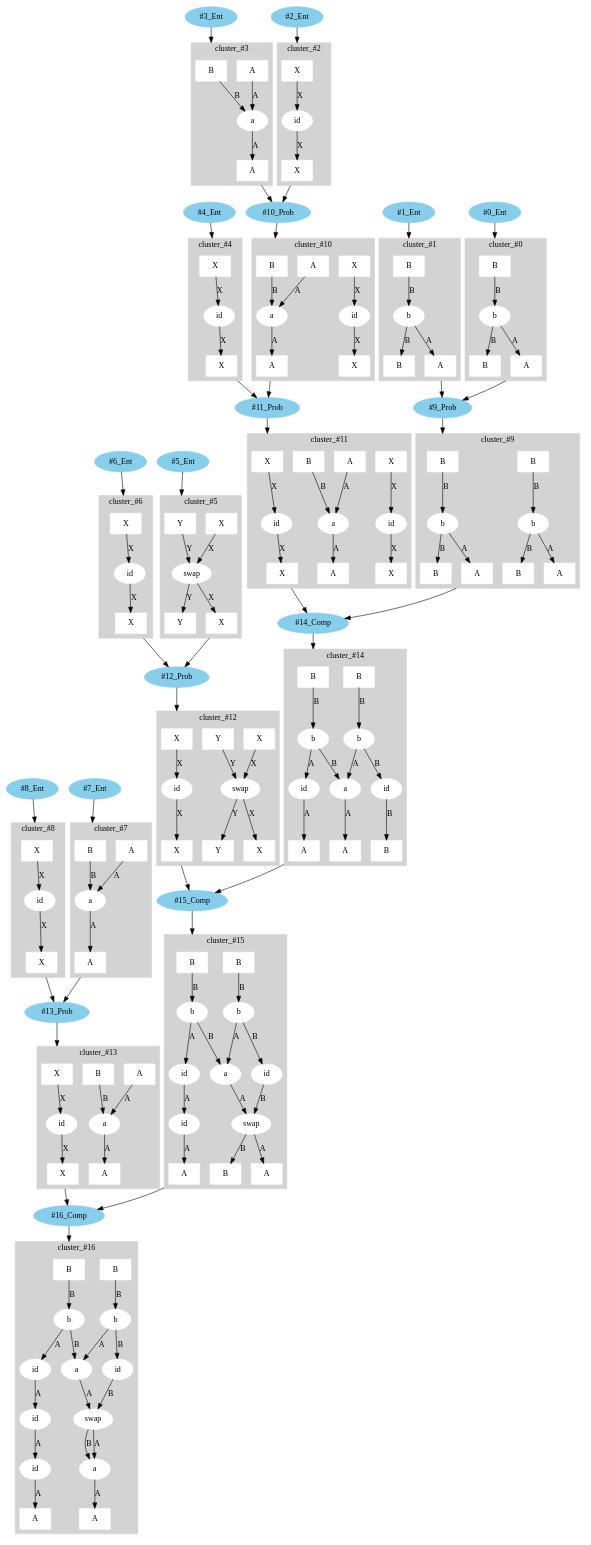
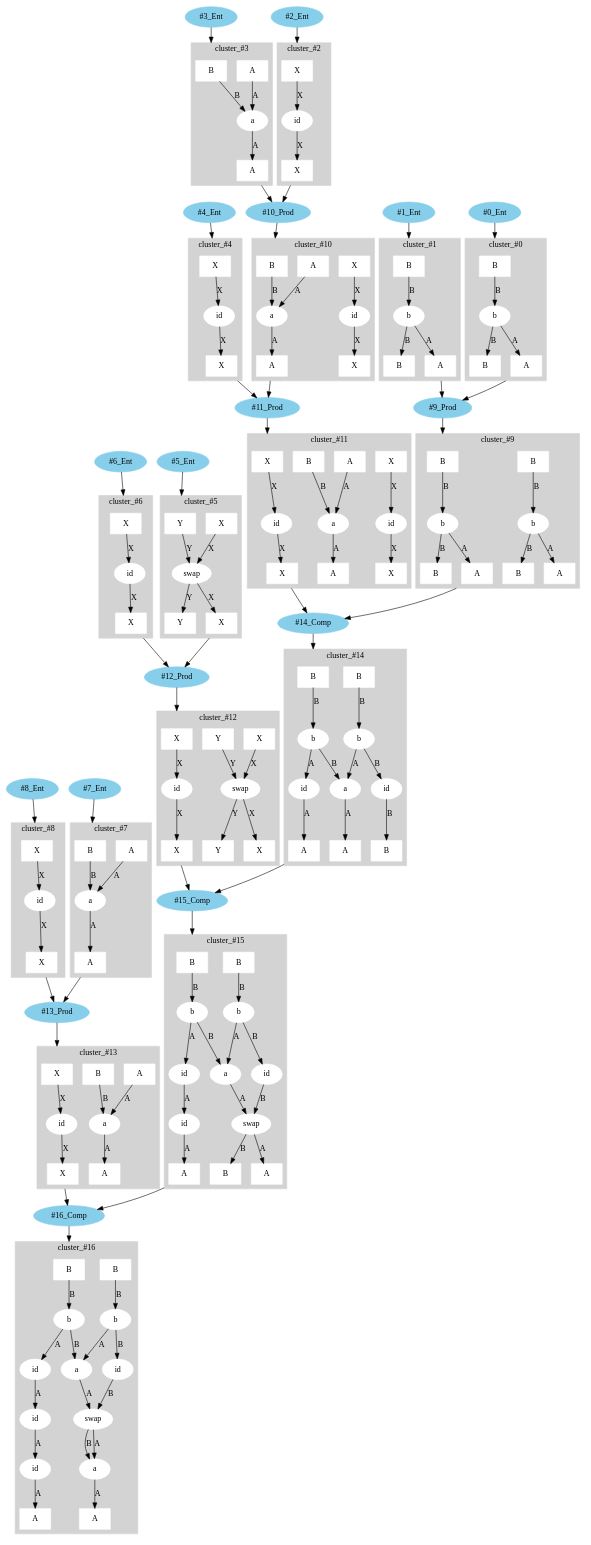
Before and after one commit to pythian-delphi/logic: the diagram in A17P10/results/graph_8.dot, drawn with Graphviz. The commit also changed 2 other files, not shown here.

Commit message:
Update A17P10 graphs.

```diff
--- a/A17P10/results/graph_8.dot
+++ b/A17P10/results/graph_8.dot
@@ -59,8 +59,8 @@
 		"#13_#8" -> "#13_out_#8_X" [label=X]
 		label="cluster_#13"
 	}
-	"#13_Prob" [color=skyblue style=filled]
-	"#13_Prob" -> "#13_in_#8_X" [lhead="cluster_#13"]
+	"#13_Prod" [color=skyblue style=filled]
+	"#13_Prod" -> "#13_in_#8_X" [lhead="cluster_#13"]
 	subgraph "cluster_#8" {
 		node [color=white style=filled]
 		style=filled
@@ -153,8 +153,8 @@
 		"#12_#6" -> "#12_out_#6_X" [label=X]
 		label="cluster_#12"
 	}
-	"#12_Prob" [color=skyblue style=filled]
-	"#12_Prob" -> "#12_in_#6_X" [lhead="cluster_#12"]
+	"#12_Prod" [color=skyblue style=filled]
+	"#12_Prod" -> "#12_in_#6_X" [lhead="cluster_#12"]
 	subgraph "cluster_#6" {
 		node [color=white style=filled]
 		style=filled
@@ -247,8 +247,8 @@
 		"#11_#4" -> "#11_out_#4_X" [label=X]
 		label="cluster_#11"
 	}
-	"#11_Prob" [color=skyblue style=filled]
-	"#11_Prob" -> "#11_in_#4_X" [lhead="cluster_#11"]
+	"#11_Prod" [color=skyblue style=filled]
+	"#11_Prod" -> "#11_in_#4_X" [lhead="cluster_#11"]
 	subgraph "cluster_#4" {
 		node [color=white style=filled]
 		style=filled
@@ -286,8 +286,8 @@
 		"#10_#3" -> "#10_out_#3_A" [label=A]
 		label="cluster_#10"
 	}
-	"#10_Prob" [color=skyblue style=filled]
-	"#10_Prob" -> "#10_in_#3_B" [lhead="cluster_#10"]
+	"#10_Prod" [color=skyblue style=filled]
+	"#10_Prod" -> "#10_in_#3_B" [lhead="cluster_#10"]
 	subgraph "cluster_#3" {
 		node [color=white style=filled]
 		style=filled
@@ -345,8 +345,8 @@
 		"#9_#1" -> "#9_out_#1_A" [label=A]
 		label="cluster_#9"
 	}
-	"#9_Prob" [color=skyblue style=filled]
-	"#9_Prob" -> "#9_in_#1_B" [lhead="cluster_#9"]
+	"#9_Prod" [color=skyblue style=filled]
+	"#9_Prod" -> "#9_in_#1_B" [lhead="cluster_#9"]
 	subgraph "cluster_#1" {
 		node [color=white style=filled]
 		style=filled
@@ -383,20 +383,20 @@
 	}
 	"#0_Ent" [color=skyblue style=filled]
 	"#0_Ent" -> "#0_in_#0_B" [lhead="cluster_#0"]
-	"#0_out_#0_A" -> "#9_Prob" [ltail="cluster_#0"]
-	"#1_out_#1_A" -> "#9_Prob" [ltail="cluster_#1"]
-	"#2_out_#2_X" -> "#10_Prob" [ltail="cluster_#2"]
-	"#3_out_#3_A" -> "#10_Prob" [ltail="cluster_#3"]
-	"#10_out_#3_A" -> "#11_Prob" [ltail="cluster_#10"]
-	"#4_out_#4_X" -> "#11_Prob" [ltail="cluster_#4"]
+	"#0_out_#0_A" -> "#9_Prod" [ltail="cluster_#0"]
+	"#1_out_#1_A" -> "#9_Prod" [ltail="cluster_#1"]
+	"#2_out_#2_X" -> "#10_Prod" [ltail="cluster_#2"]
+	"#3_out_#3_A" -> "#10_Prod" [ltail="cluster_#3"]
+	"#10_out_#3_A" -> "#11_Prod" [ltail="cluster_#10"]
+	"#4_out_#4_X" -> "#11_Prod" [ltail="cluster_#4"]
 	"#9_out_#1_A" -> "#14_Comp" [ltail="cluster_#9"]
 	"#11_out_#4_X" -> "#14_Comp" [ltail="cluster_#11"]
-	"#5_out_#5_X" -> "#12_Prob" [ltail="cluster_#5"]
-	"#6_out_#6_X" -> "#12_Prob" [ltail="cluster_#6"]
+	"#5_out_#5_X" -> "#12_Prod" [ltail="cluster_#5"]
+	"#6_out_#6_X" -> "#12_Prod" [ltail="cluster_#6"]
 	"#14_out_#4_A" -> "#15_Comp" [ltail="cluster_#14"]
 	"#12_out_#6_X" -> "#15_Comp" [ltail="cluster_#12"]
-	"#7_out_#7_A" -> "#13_Prob" [ltail="cluster_#7"]
-	"#8_out_#8_X" -> "#13_Prob" [ltail="cluster_#8"]
+	"#7_out_#7_A" -> "#13_Prod" [ltail="cluster_#7"]
+	"#8_out_#8_X" -> "#13_Prod" [ltail="cluster_#8"]
 	"#15_out_#6_A" -> "#16_Comp" [ltail="cluster_#15"]
 	"#13_out_#8_X" -> "#16_Comp" [ltail="cluster_#13"]
 }
```
